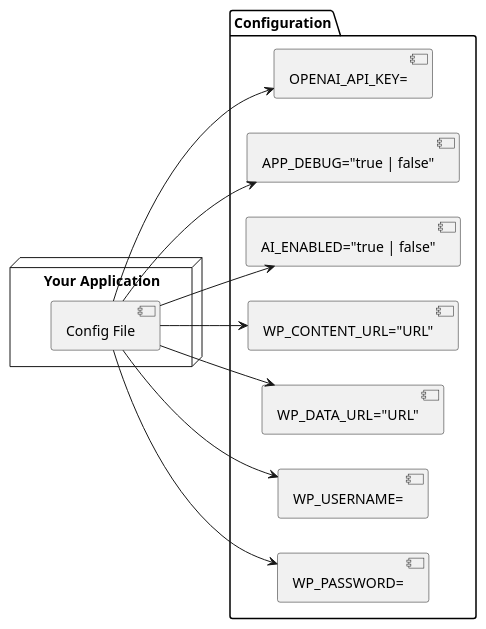
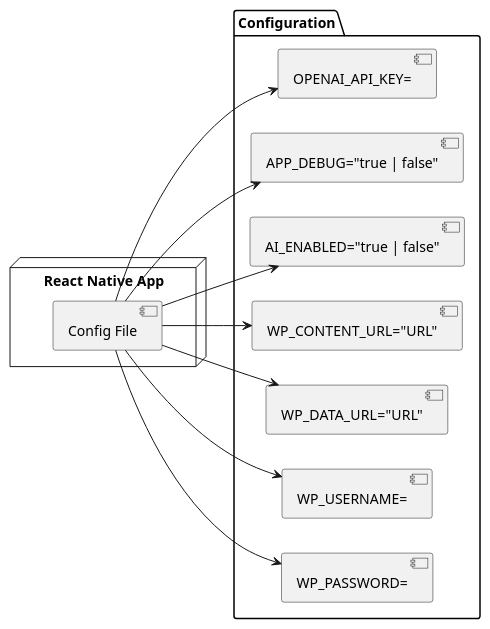
One commit to Windesheim-AI/UML-diagrams changed the diagram in tdd/environment-variables.puml. Above: the diagram before and after it, drawn with PlantUML.

Commit message:
refactor: :construction: renamed Your Application to React Native App

```diff
--- a/tdd/environment-variables.puml
+++ b/tdd/environment-variables.puml
@@ -1,25 +1,25 @@
 @startuml MyDiagram
 left to right direction
 
 package "Configuration" {
     [OPENAI_API_KEY=]
     [APP_DEBUG="true | false"]
     [AI_ENABLED="true | false"]
     [WP_CONTENT_URL="URL"]
     [WP_DATA_URL="URL"]
     [WP_USERNAME=]
     [WP_PASSWORD=]
 }
 
-node "Your Application" {
+node "React Native App" {
     [Config File] 
     [Config File] --> [OPENAI_API_KEY=]
     [Config File] --> [APP_DEBUG="true | false"]
     [Config File] --> [AI_ENABLED="true | false"]
     [Config File] --> [WP_CONTENT_URL="URL"]
     [Config File] --> [WP_DATA_URL="URL"]
     [Config File] --> [WP_USERNAME=]
     [Config File] --> [WP_PASSWORD=]
 }
 
 @enduml
```
